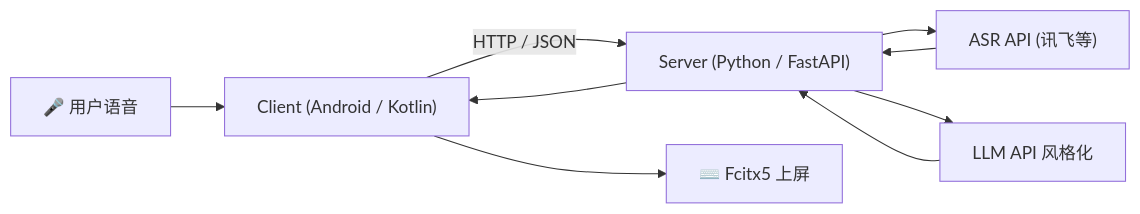
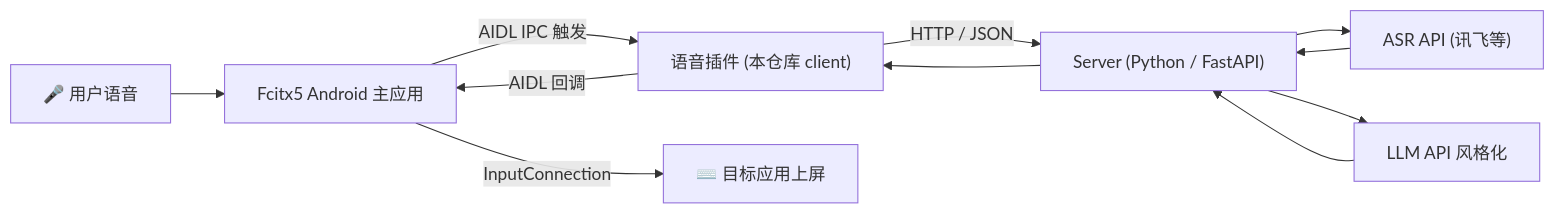
Before and after one commit to qytlix/fcitx5-ai-voice-to-text: the diagram in README.md, drawn with Mermaid. The commit also changed other lines of this file and 5 other files, not shown here.

````diff
--- a/README.md
+++ b/README.md
@@ -11,11 +11,13 @@
 ```mermaid
 flowchart LR
-    User["🎤 用户语音"] --> Client["Client (Android / Kotlin)"]
-    Client -->|HTTP / JSON| Server["Server (Python / FastAPI)"]
+    User["🎤 用户语音"] --> Fcitx5["Fcitx5 Android 主应用"]
+    Fcitx5 -->|AIDL IPC 触发| Plugin["语音插件 (本仓库 client)"]
+    Plugin -->|HTTP / JSON| Server["Server (Python / FastAPI)"]
     Server --> ASR["ASR API (讯飞等)"]
     ASR --> Server
     Server --> LLM["LLM API 风格化"]
     LLM --> Server
-    Server --> Client
-    Client --> IM["⌨️ Fcitx5 上屏"]
+    Server --> Plugin
+    Plugin -->|AIDL 回调| Fcitx5
+    Fcitx5 -->|InputConnection| IM["⌨️ 目标应用上屏"]
 ```
````
